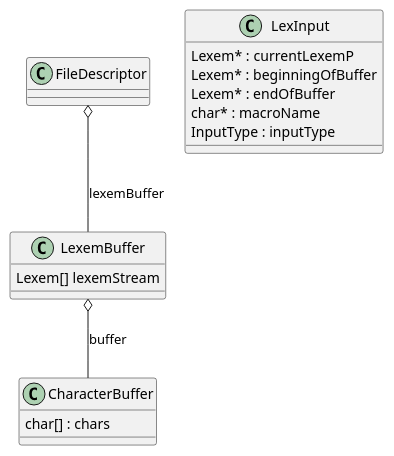
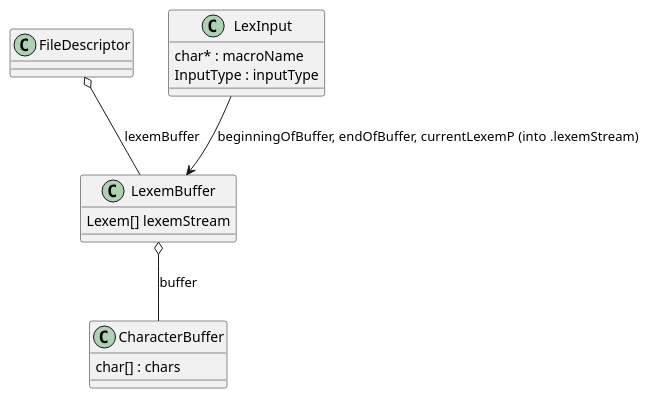
Before and after one commit to thoni56/c-xrefactory: the sixth of 7 diagrams in doc/design.adoc, drawn with PlantUML. The commit also changed other lines of this file, not shown here.

Commit message:
[docs][reading] Change LexInput pointers to relation rather than fields

```diff
--- a/doc/design.adoc
+++ b/doc/design.adoc
@@ -355,23 +355,21 @@
 [plantuml, buffer, png]
 ....
 class FileDescriptor {
 }
 FileDescriptor o-- LexemBuffer : lexemBuffer
 
 class LexemBuffer {
   Lexem[] lexemStream
 }
 LexemBuffer o-- CharacterBuffer : buffer
 
 class CharacterBuffer {
   char[] : chars
 }
 
 class LexInput {
-  Lexem* : currentLexemP
-  Lexem* : beginningOfBuffer
-  Lexem* : endOfBuffer
   char* : macroName
   InputType : inputType
 }
+LexInput --> LexemBuffer : beginningOfBuffer, endOfBuffer, currentLexemP (into .lexemStream)
 ....
```
